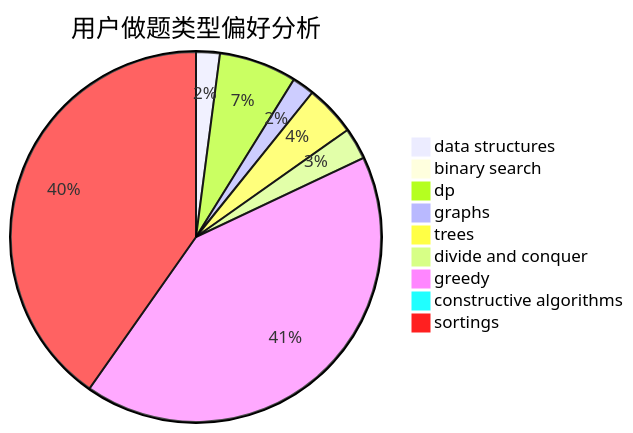
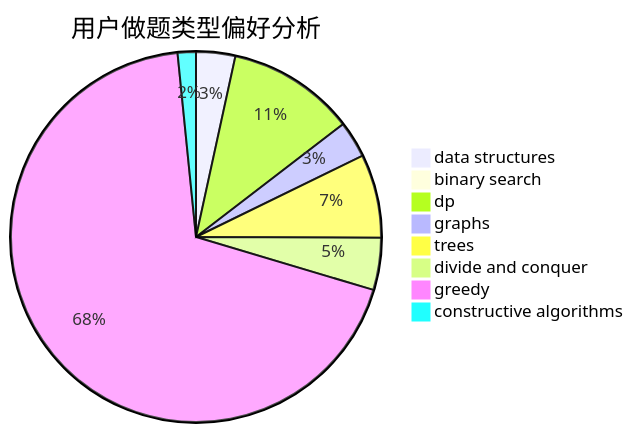
One commit to sherpahu/cfrs.github.io changed the second of 3 diagrams in docs/user/u1752.md. Above: the diagram before and after it, drawn with Mermaid. The commit also changed other lines of this file and 2769 other files, not shown here.

````diff
--- a/docs/user/u1752.md
+++ b/docs/user/u1752.md
@@ -18,12 +18,11 @@
 ```mermaid
 pie title 用户做题类型偏好分析
     "data structures" :  15
     "binary search" :  3
     "dp" :  49
     "graphs" :  14
     "trees" :  32
     "divide and conquer" :  20
     "greedy" :  302
     "constructive algorithms" :  7
-    "sortings" :  291
 ```
````
